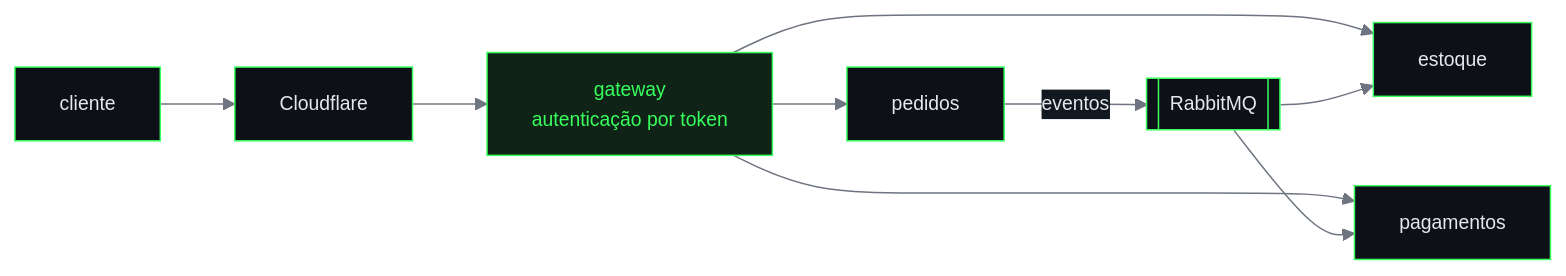
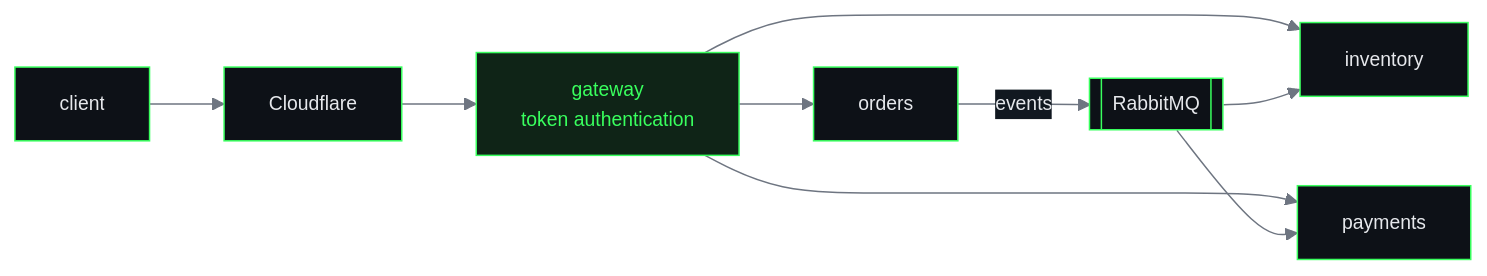
One commit to JonathanRibeiroSilva/JonathanRibeiroSilva changed the third of 3 diagrams in README.md. Above: the diagram before and after it, drawn with Mermaid. The commit also changed other lines of this file and 6 other files, not shown here.

````diff
--- a/README.md
+++ b/README.md
@@ -307,13 +261,13 @@
 ```mermaid
 %%{init:{'theme':'base','themeVariables':{'primaryColor':'#0D1117','primaryTextColor':'#E6E8EC','primaryBorderColor':'#39FF5E','lineColor':'#6E7581','secondaryColor':'#111820','tertiaryColor':'#111820','clusterBkg':'#0A0E13','clusterBorder':'#2A3138','fontFamily':'ui-monospace, monospace','fontSize':'13px'}}}%%
 flowchart LR
-  U["cliente"] --> CF["Cloudflare"]
-  CF --> GW["gateway<br/>autenticação por token"]
-  GW --> PED["pedidos"]
-  GW --> EST["estoque"]
-  GW --> PAG["pagamentos"]
-  PED -- "eventos" --> Q[["RabbitMQ"]]
+  U["client"] --> CF["Cloudflare"]
+  CF --> GW["gateway<br/>token authentication"]
+  GW --> PED["orders"]
+  GW --> EST["inventory"]
+  GW --> PAG["payments"]
+  PED -- "events" --> Q[["RabbitMQ"]]
   Q --> EST
   Q --> PAG
   style GW fill:#0F2417,stroke:#39FF5E,color:#39FF5E
 ```
````
